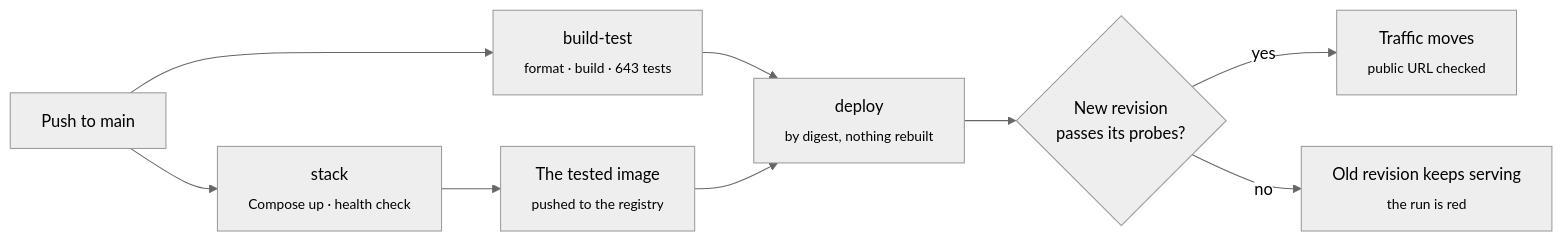
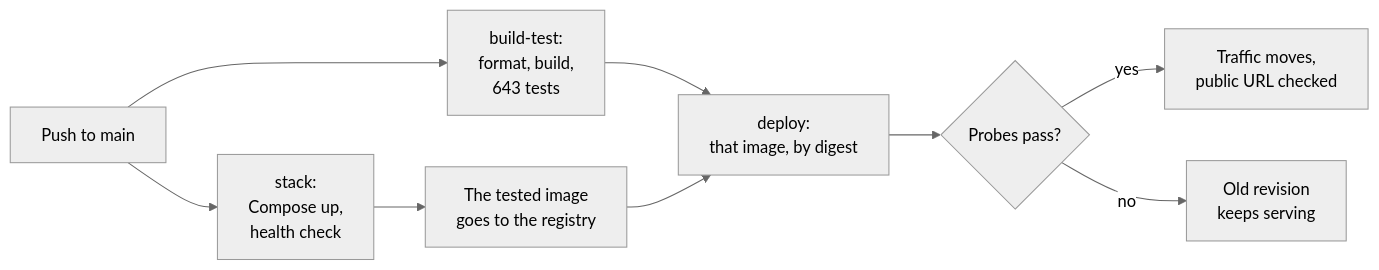
Before and after one commit to bohdan-ivaniichuk/freitty-cabinet-api: the second of 3 diagrams in README.md, drawn with Mermaid (neutral theme). The commit also changed other lines of this file, not shown here.

First line of the commit message:
Shorten the labels of the README's diagrams

````diff
--- a/README.md
+++ b/README.md
@@ -168,11 +168,11 @@
 ```mermaid
 flowchart LR
-    Push["Push to main"] --> Tests["build-test<br/><sub>format · build · 643 tests</sub>"]
-    Push --> Stack["stack<br/><sub>Compose up · health check</sub>"]
-    Stack --> Image["The tested image<br/><sub>pushed to the registry</sub>"]
+    Push["Push to main"] --> Tests["build-test:<br/>format, build,<br/>643 tests"]
+    Push --> Stack["stack:<br/>Compose up,<br/>health check"]
+    Stack --> Image["The tested image<br/>goes to the registry"]
     Tests --> Deploy
-    Image --> Deploy["deploy<br/><sub>by digest, nothing rebuilt</sub>"]
-    Deploy --> Probes{"New revision<br/>passes its probes?"}
-    Probes -- yes --> Live["Traffic moves<br/><sub>public URL checked</sub>"]
-    Probes -- no --> Old["Old revision keeps serving<br/><sub>the run is red</sub>"]
+    Image --> Deploy["deploy:<br/>that image, by digest"]
+    Deploy --> Probes{"Probes pass?"}
+    Probes -- yes --> Live["Traffic moves,<br/>public URL checked"]
+    Probes -- no --> Old["Old revision<br/>keeps serving"]
 ```
````
